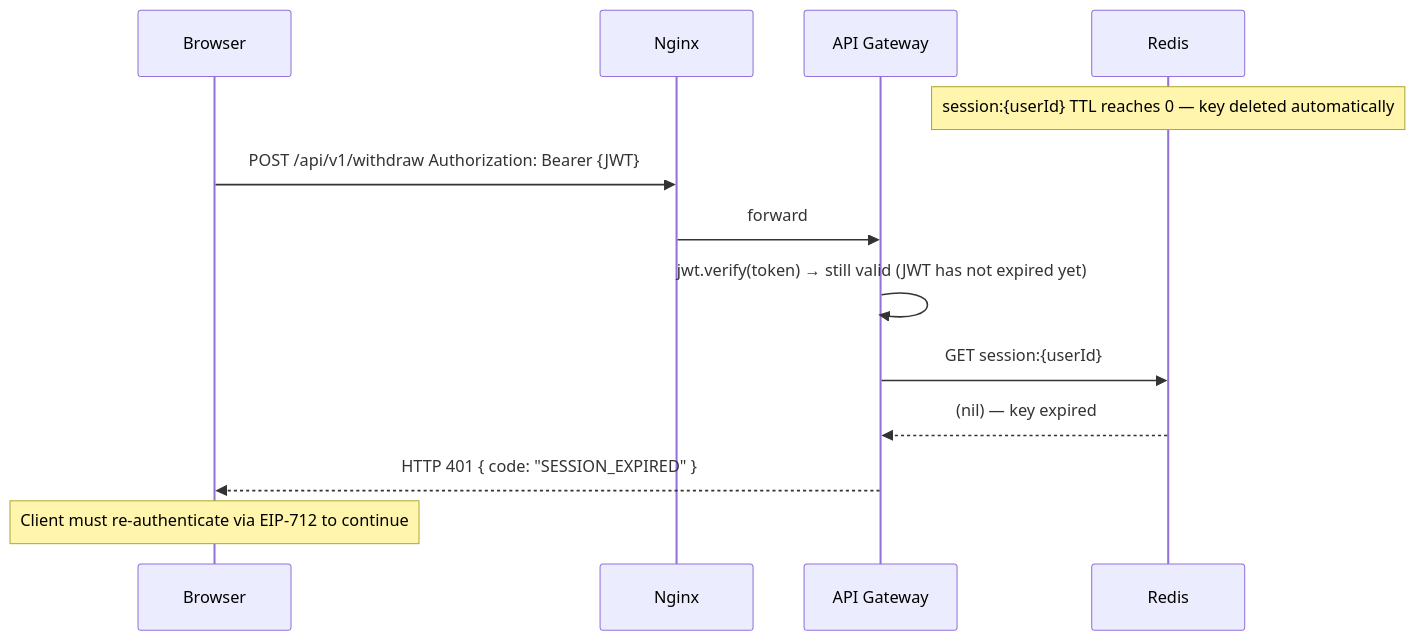
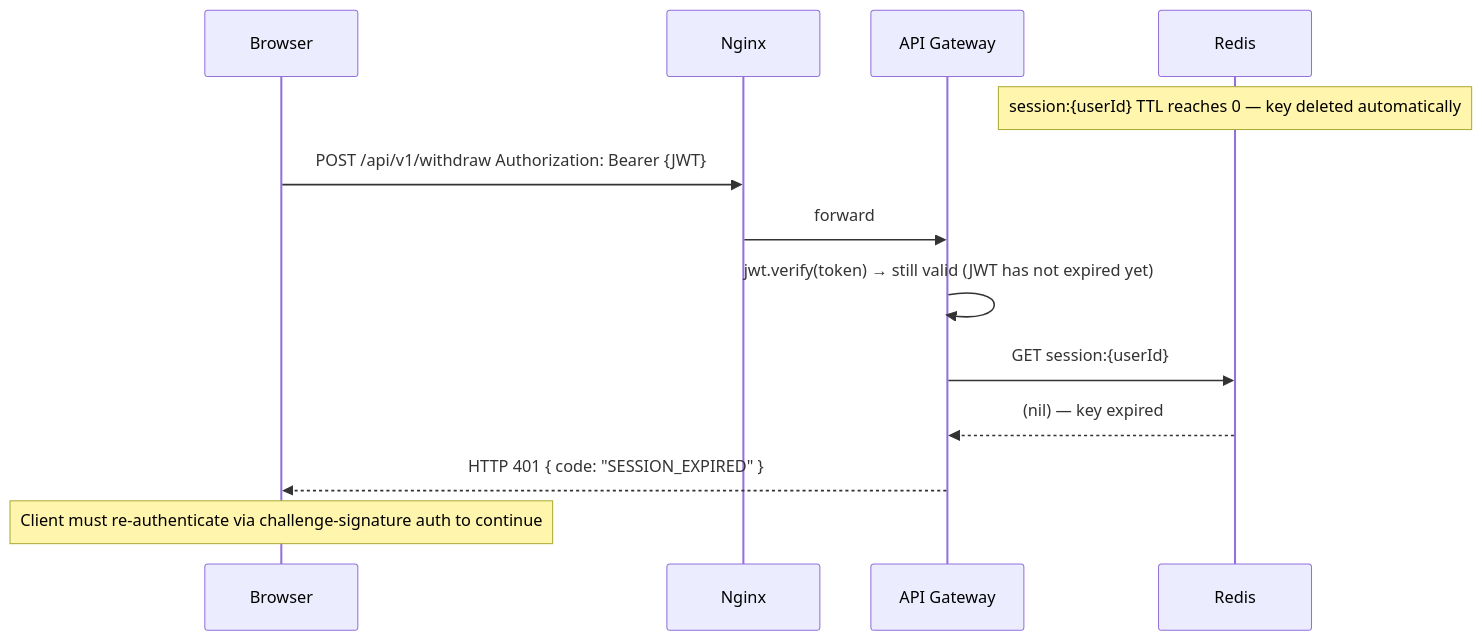
The third of 19 diagrams in documentation/sequence-diagrams.md (Fennzo/DiceTilt), drawn with Mermaid before and after one commit. The commit also changed other lines of this file and 24 other files, not shown here.

Commit message:
align architecture docs with current runtime implementation

````diff
--- a/documentation/sequence-diagrams.md
+++ b/documentation/sequence-diagrams.md
@@ -162,18 +144,18 @@
 ```mermaid
 sequenceDiagram
     participant B as Browser
     participant N as Nginx
     participant API as API Gateway
     participant Redis as Redis
 
     Note over Redis: session:{userId} TTL reaches 0 — key deleted automatically
 
     B->>N: POST /api/v1/withdraw  Authorization: Bearer {JWT}
     N->>API: forward
     API->>API: jwt.verify(token) → still valid (JWT has not expired yet)
     API->>Redis: GET session:{userId}
     Redis-->>API: (nil) — key expired
 
     API-->>B: HTTP 401 { code: "SESSION_EXPIRED" }
-    Note over B: Client must re-authenticate via EIP-712 to continue
+    Note over B: Client must re-authenticate via challenge-signature auth to continue
 ```
````
